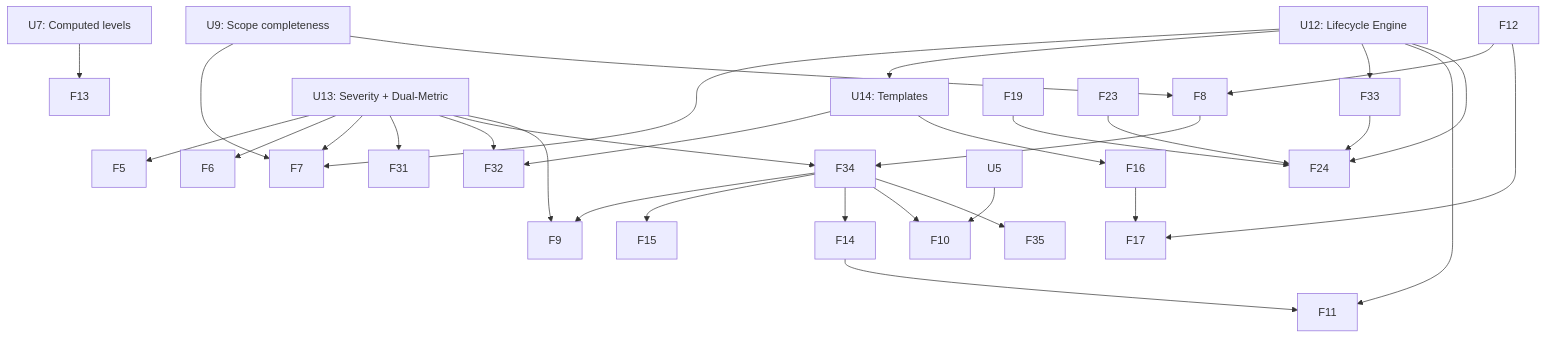
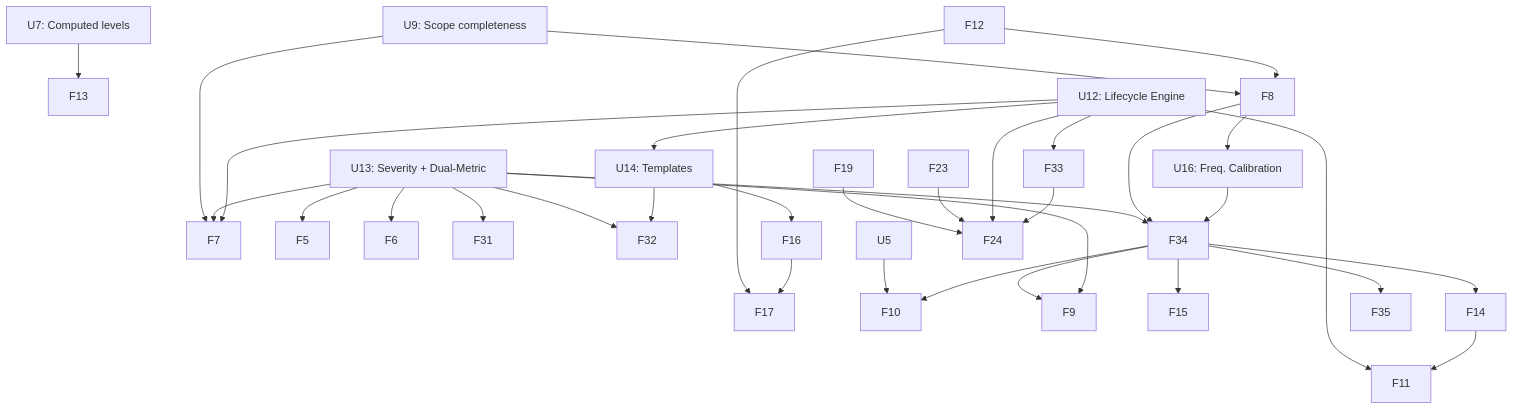
Before and after one commit to oallaire-cyber/RIM_Alpha: the diagram in ROADMAPv3.md, drawn with Mermaid. The commit also changed other lines of this file and 2 other files, not shown here.

````diff
--- a/ROADMAPv3.md
+++ b/ROADMAPv3.md
@@ -289,41 +292,43 @@
 ```mermaid
 graph TD
     U7[U7: Computed levels] --> F13
     U9[U9: Scope completeness] --> F7
     U9 --> F8
 
     U13[U13: Severity + Dual-Metric] --> F5
     U13 --> F6
     U13 --> F7
     U13 --> F31
     U13 --> F32
     U13 --> F34
 
     U12[U12: Lifecycle Engine] --> F7
     U12 --> U14
     U12 --> F33
     U12 --> F11
 
     U14[U14: Templates] --> F32
     U14 --> F16
 
     F12 --> F8
     F12 --> F17
     U5 --> F10
 
     F8 --> F34
+    F8 --> U16[U16: Freq. Calibration]
+    U16 --> F34
     F34 --> F9
     F34 --> F15
     F34 --> F14
     F34 --> F10
     F34 --> F35
     U13 --> F9
 
     F16 --> F17
     F14 --> F11
 
     F19 --> F24
     F23 --> F24
     U12 --> F24
     F33 --> F24
 ```
````
